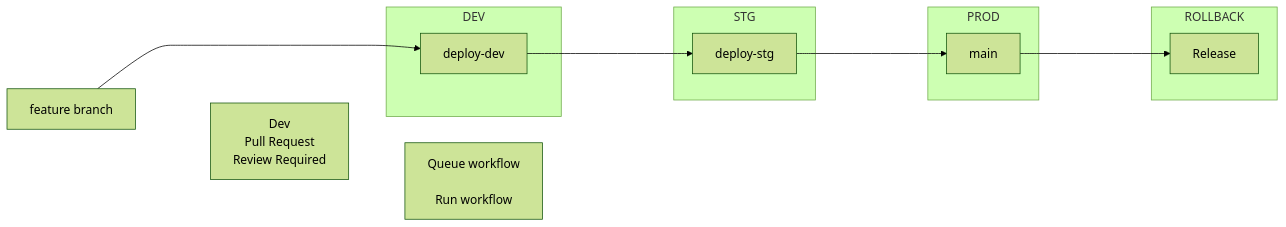
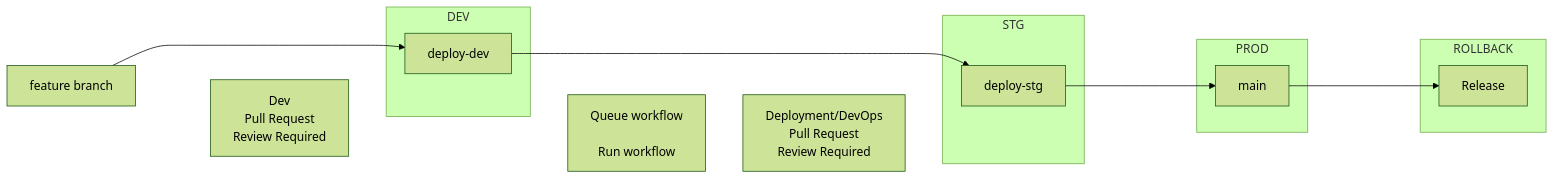
Before and after one commit to fritzramos-gf/Workflows: the diagram in Gates-Workflow.md, drawn with Mermaid (forest theme).

````diff
--- a/Gates-Workflow.md
+++ b/Gates-Workflow.md
@@ -1,34 +1,37 @@
 ```mermaid
 flowchart LR
     A[feature branch] ----> B
     A ~~~ C["Dev\nPull Request\nReview Required"]
     C ~~~ B
     subgraph DEV
         B[deploy-dev]
     end
      C ~~~ G["Queue workflow
         \nRun workflow"]
 
     B ----> D
+    G ~~~ H["Deployment/DevOps\nPull Request\nReview Required"]
+    H ~~~ D
+
     subgraph STG
         D[deploy-stg]
     end
     D ----> E
     subgraph PROD
         E[main]
     end
     E ----> F
     subgraph ROLLBACK
         F[Release]
     end
 
 
 
 
 
 
 
 
 
 
 ```
````
